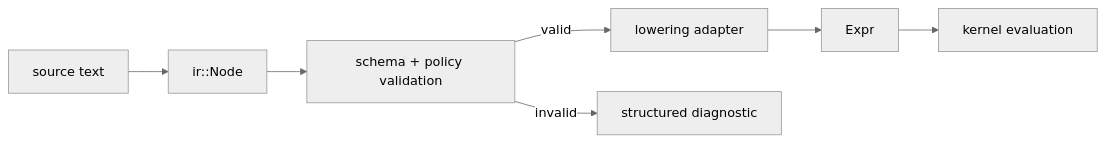
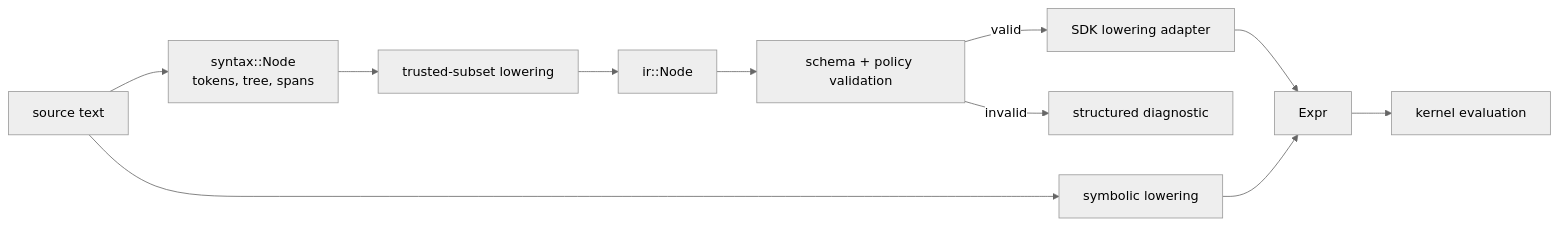
One commit to sergiorf/aleph3 changed the second of 10 diagrams in docs/architecture.md. Above: the diagram before and after it, drawn with Mermaid (neutral theme). The commit also changed other lines of this file and 10 other files, not shown here.

First line of the commit message:
docs: refresh architecture and glossary for current engine

````diff
--- a/docs/architecture.md
+++ b/docs/architecture.md
@@ -65,9 +67,13 @@
 ```mermaid
 flowchart LR
-    Source["source text"] --> Node["ir::Node"]
-    Node --> Check["schema + policy validation"]
-    Check -->|valid| Lower["lowering adapter"]
+    Source["source text"] --> Syntax["syntax::Node<br/>tokens, tree, spans"]
+    Syntax --> Trusted["trusted-subset lowering"]
+    Trusted --> IR["ir::Node"]
+    IR --> Check["schema + policy validation"]
+    Check -->|valid| Lower["SDK lowering adapter"]
     Check -->|invalid| Diagnostic["structured diagnostic"]
     Lower --> Expr["Expr"]
+    Source --> Symbolic["symbolic lowering"]
+    Symbolic --> Expr
     Expr --> Eval["kernel evaluation"]
 ```
````
